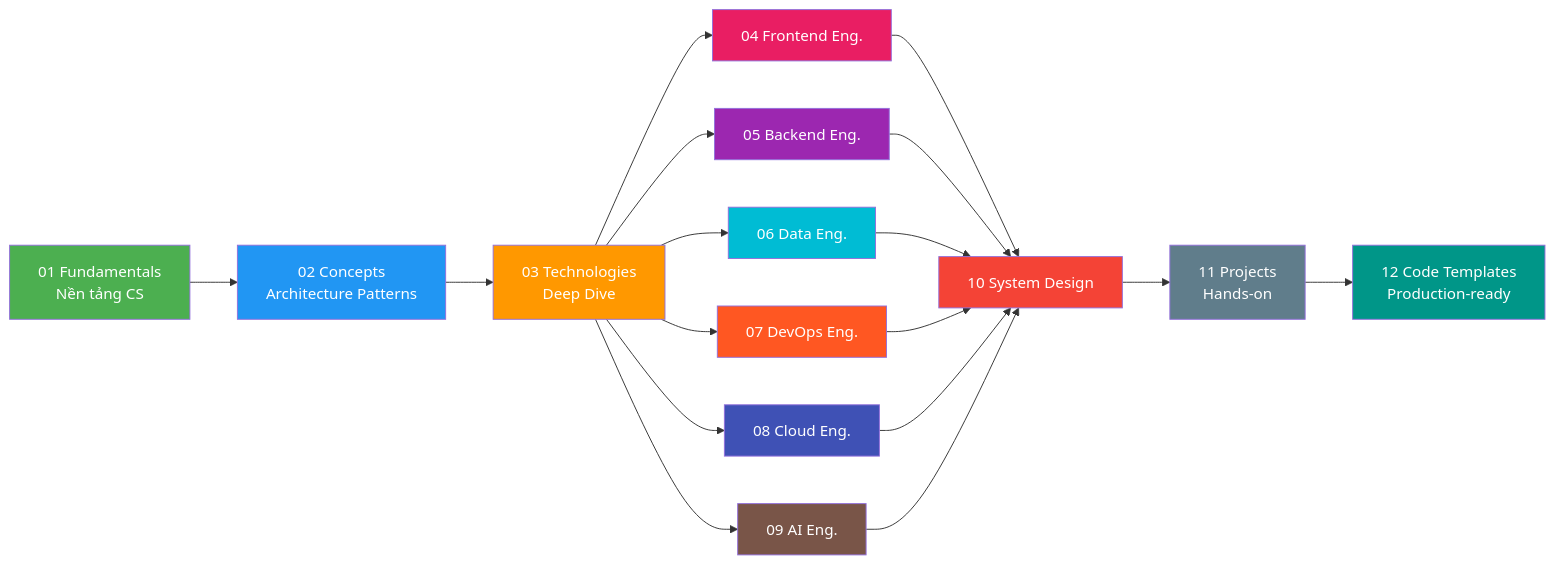
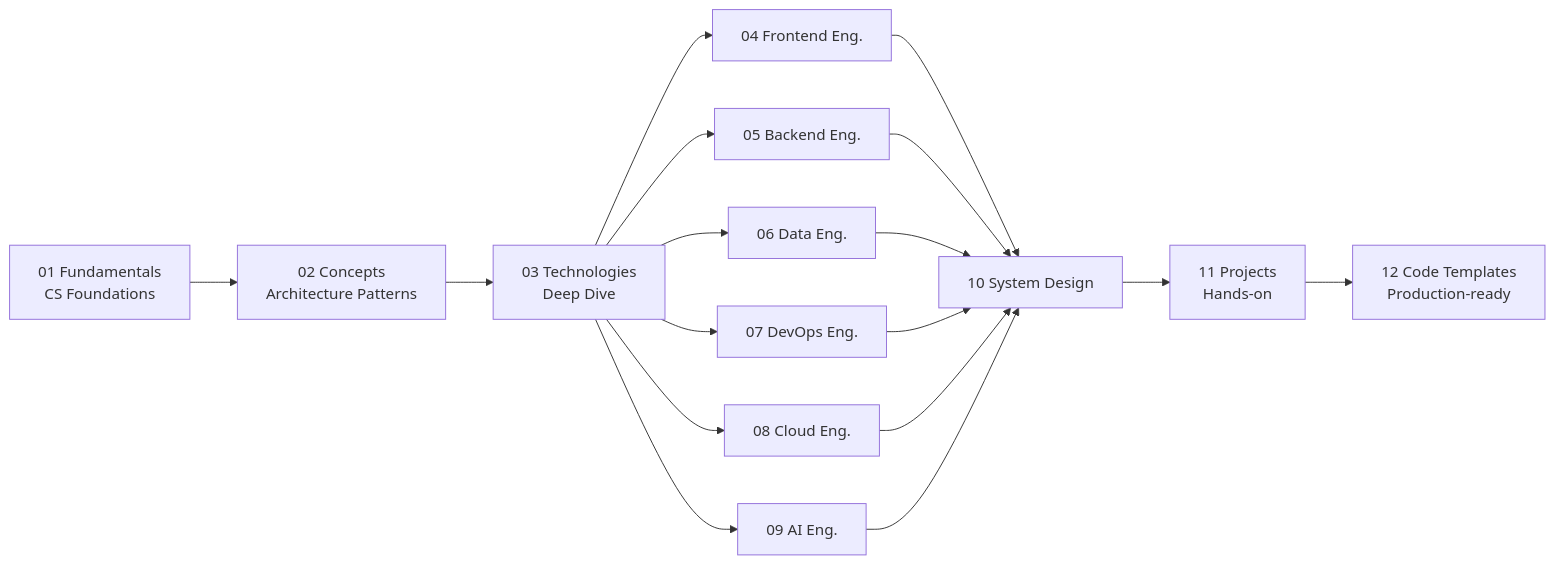
Before and after one commit to hotung9108/engineering-knowledge: the diagram in README.md, drawn with Mermaid. The commit also changed other lines of this file and 12 other files, not shown here.

````diff
--- a/README.md
+++ b/README.md
@@ -24,32 +24,19 @@
 ```mermaid
 graph LR
-    A["01 Fundamentals<br/>Nền tảng CS"] --> B["02 Concepts<br/>Architecture Patterns"]
+    A["01 Fundamentals<br/>CS Foundations"] --> B["02 Concepts<br/>Architecture Patterns"]
     B --> C["03 Technologies<br/>Deep Dive"]
     C --> D1["04 Frontend Eng."]
     C --> D2["05 Backend Eng."]
     C --> D3["06 Data Eng."]
     C --> D4["07 DevOps Eng."]
     C --> D5["08 Cloud Eng."]
     C --> D6["09 AI Eng."]
     D1 --> E["10 System Design"]
     D2 --> E
     D3 --> E
     D4 --> E
     D5 --> E
     D6 --> E
     E --> F["11 Projects<br/>Hands-on"]
     F --> G["12 Code Templates<br/>Production-ready"]
-
-    style A fill:#4CAF50,color:#fff
-    style B fill:#2196F3,color:#fff
-    style C fill:#FF9800,color:#fff
-    style D1 fill:#E91E63,color:#fff
-    style D2 fill:#9C27B0,color:#fff
-    style D3 fill:#00BCD4,color:#fff
-    style D4 fill:#FF5722,color:#fff
-    style D5 fill:#3F51B5,color:#fff
-    style D6 fill:#795548,color:#fff
-    style E fill:#F44336,color:#fff
-    style F fill:#607D8B,color:#fff
-    style G fill:#009688,color:#fff
 ```
````
